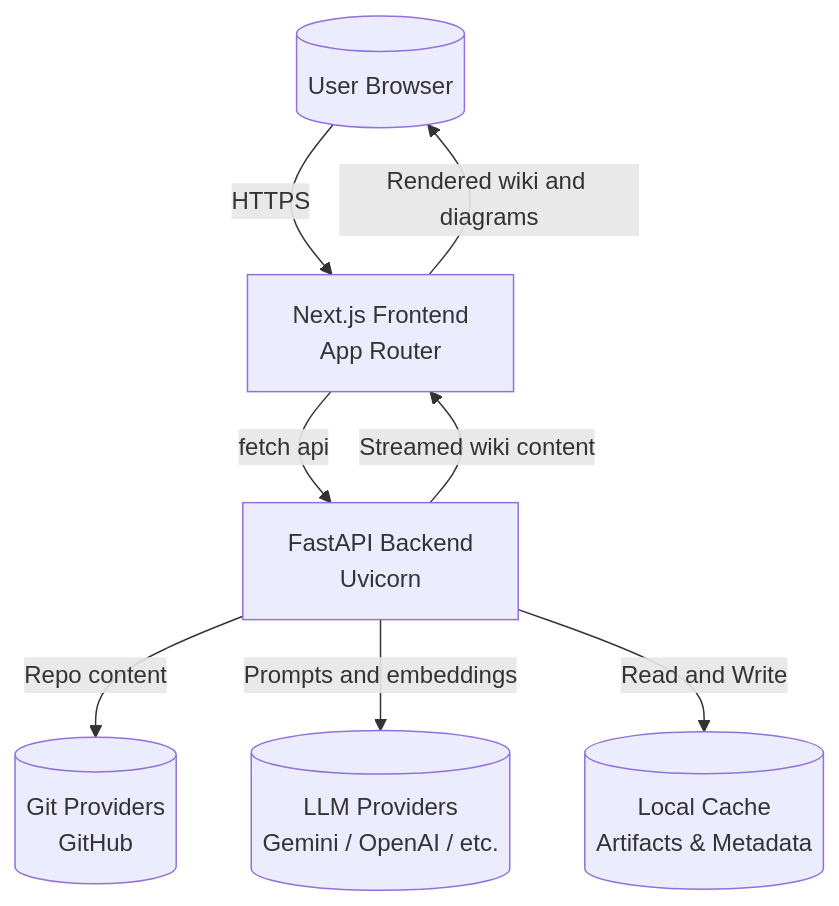
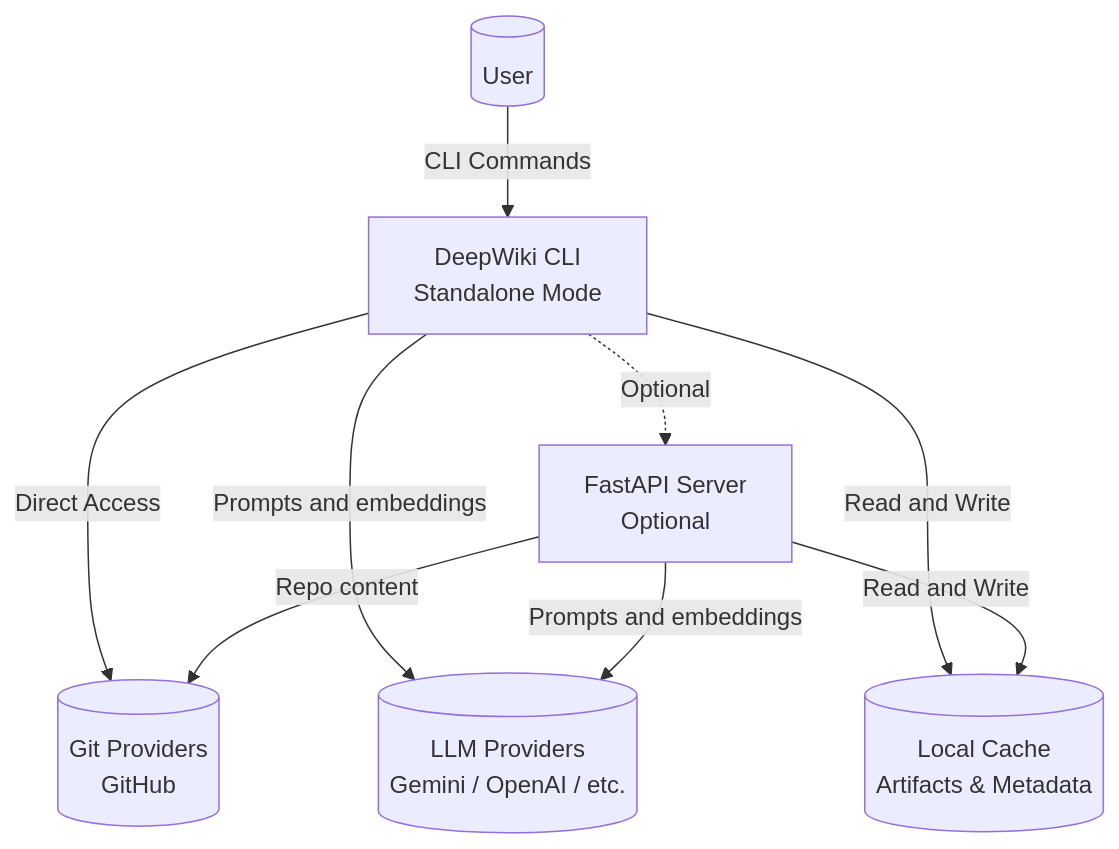
Before and after one commit to oc-andrey-zaharov/OpenCorporates-DeepWiki: the first of 2 diagrams in docs/architecture.md, drawn with Mermaid. The commit also changed other lines of this file and 110 other files, not shown here.

````diff
--- a/docs/architecture.md
+++ b/docs/architecture.md
@@ -21,17 +19,18 @@
 ```mermaid
 graph TD;
-  User[(User Browser)];
-  Frontend[Next.js Frontend<br/>App Router];
-  Backend[FastAPI Backend<br/>Uvicorn];
+  User[(User)];
+  CLI[DeepWiki CLI<br/>Standalone Mode];
+  Server[FastAPI Server<br/>Optional];
   GitProviders[(Git Providers<br/>GitHub)];
   LLMs[(LLM Providers<br/>Gemini / OpenAI / etc.)];
   Cache[(Local Cache<br/>Artifacts & Metadata)];
 
-  User -->|HTTPS| Frontend;
-  Frontend -->|fetch api| Backend;
-  Backend -->|Repo content| GitProviders;
-  Backend -->|Prompts and embeddings| LLMs;
-  Backend -->|Read and Write| Cache;
-  Backend -->|Streamed wiki content| Frontend;
-  Frontend -->|Rendered wiki and diagrams| User;
+  User -->|CLI Commands| CLI;
+  CLI -->|Direct Access| GitProviders;
+  CLI -->|Prompts and embeddings| LLMs;
+  CLI -->|Read and Write| Cache;
+  CLI -.->|Optional| Server;
+  Server -->|Repo content| GitProviders;
+  Server -->|Prompts and embeddings| LLMs;
+  Server -->|Read and Write| Cache;
 ```
````
